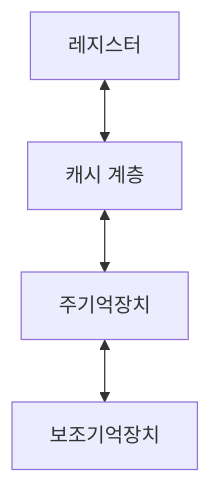
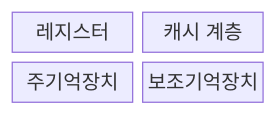
One commit to agnusdei1207/knowledge-base changed the first of 2 diagrams in src/content/docs/notes/02-hardware/022_memory_hierarchy.md. Above: the diagram before and after it, drawn with Mermaid. The commit also changed other lines of this file and 20 other files, not shown here.

````diff
--- a/src/content/docs/notes/02-hardware/022_memory_hierarchy.md
+++ b/src/content/docs/notes/02-hardware/022_memory_hierarchy.md
@@ -73,6 +71,8 @@
 ```mermaid
-flowchart TD
-    R["레지스터"] <--> C["캐시 계층"]
-    C <--> M["주기억장치"]
-    M <--> S["보조기억장치"]
+block
+    columns 2
+    R["레지스터"]
+    C["캐시 계층"]
+    M["주기억장치"]
+    S["보조기억장치"]
 ```
````
